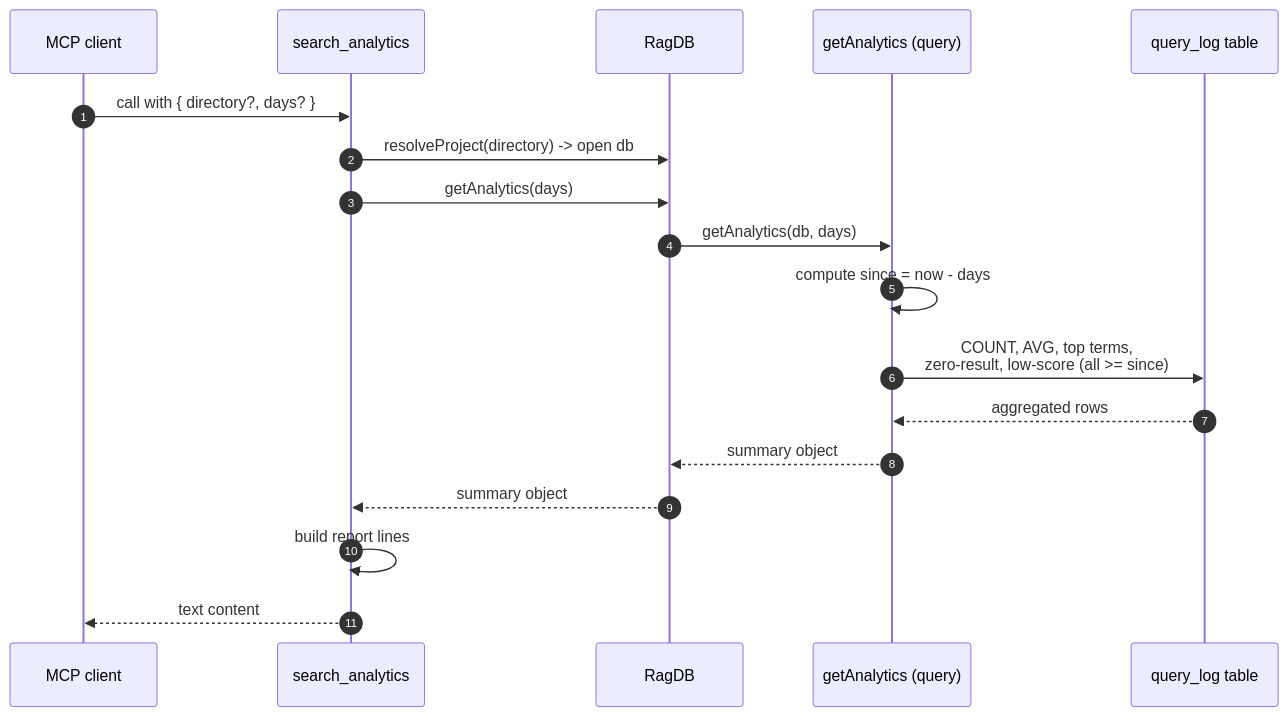
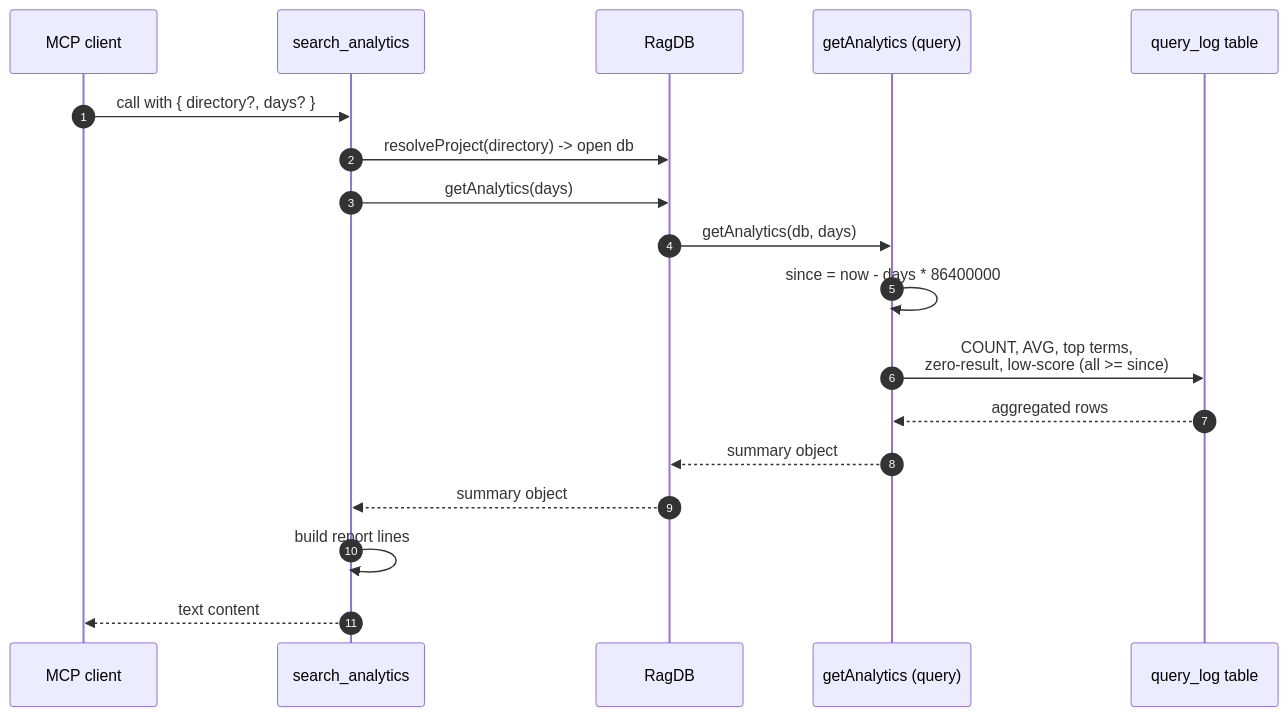
One commit to TheWinci/mimirs changed the diagram in wiki/tools/search-analytics.md. Above: the diagram before and after it, drawn with Mermaid. The commit also changed other lines of this file and 55 other files, not shown here.

````diff
--- a/wiki/tools/search-analytics.md
+++ b/wiki/tools/search-analytics.md
@@ -31,21 +31,21 @@
 ```mermaid
 sequenceDiagram
     autonumber
     participant Agent as MCP client
     participant Tool as search_analytics
     participant DB as RagDB
-    participant Analytics as getAnalytics (query)
+    participant Query as getAnalytics (query)
     participant Log as query_log table
 
     Agent->>Tool: call with { directory?, days? }
     Tool->>DB: resolveProject(directory) -> open db
     Tool->>DB: getAnalytics(days)
-    DB->>Analytics: getAnalytics(db, days)
-    Analytics->>Analytics: compute since = now - days
-    Analytics->>Log: COUNT, AVG, top terms,<br>zero-result, low-score (all >= since)
-    Log-->>Analytics: aggregated rows
-    Analytics-->>DB: summary object
+    DB->>Query: getAnalytics(db, days)
+    Query->>Query: since = now - days * 86400000
+    Query->>Log: COUNT, AVG, top terms,<br>zero-result, low-score (all >= since)
+    Log-->>Query: aggregated rows
+    Query-->>DB: summary object
     DB-->>Tool: summary object
     Tool->>Tool: build report lines
     Tool-->>Agent: text content
 ```
````
